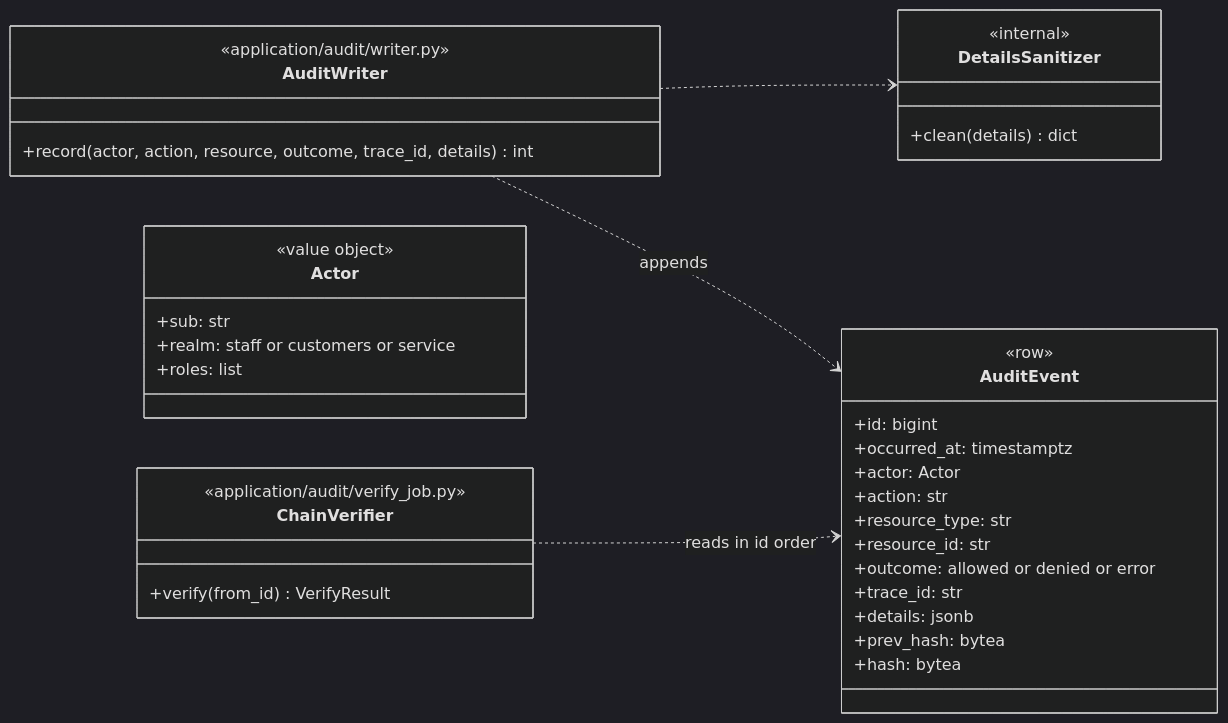
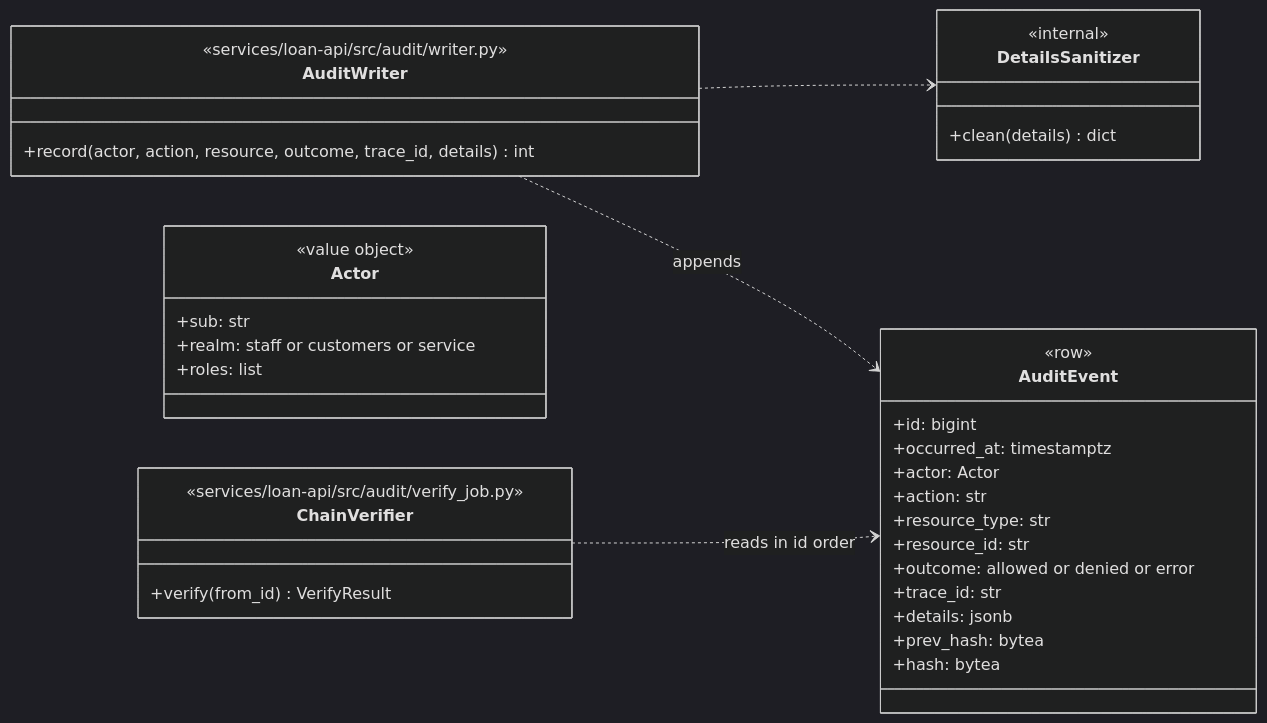
One commit to ngnquanq/credit-risk-ml-system changed the first of 2 diagrams in docs/03-handoff/E13-audit-trail.md. Above: the diagram before and after it, drawn with Mermaid (dark theme). The commit also changed other lines of this file and 72 other files, not shown here.

First line of the commit message:
refactor: move the Loan API core into services/loan-api

````diff
--- a/docs/03-handoff/E13-audit-trail.md
+++ b/docs/03-handoff/E13-audit-trail.md
@@ -54,39 +54,39 @@
 ```mermaid
 classDiagram
     direction LR
     class AuditWriter {
-        <<application/audit/writer.py>>
+        <<services/loan-api/src/audit/writer.py>>
         +record(actor, action, resource, outcome, trace_id, details) int
     }
     class Actor {
         <<value object>>
         +sub: str
         +realm: staff or customers or service
         +roles: list
     }
     class AuditEvent {
         <<row>>
         +id: bigint
         +occurred_at: timestamptz
         +actor: Actor
         +action: str
         +resource_type: str
         +resource_id: str
         +outcome: allowed or denied or error
         +trace_id: str
         +details: jsonb
         +prev_hash: bytea
         +hash: bytea
     }
     class ChainVerifier {
-        <<application/audit/verify_job.py>>
+        <<services/loan-api/src/audit/verify_job.py>>
         +verify(from_id) VerifyResult
     }
     class DetailsSanitizer {
         <<internal>>
         +clean(details) dict
     }
     AuditWriter ..> DetailsSanitizer
     AuditWriter ..> AuditEvent : appends
     ChainVerifier ..> AuditEvent : reads in id order
 ```
````
